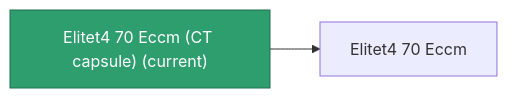
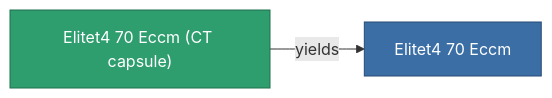
The diagram in content/content/items/elitet4_70_eccm_CT_capsule.md (OpenPerpetuum/Wiki), drawn with Mermaid before and after one commit. The commit also changed other lines of this file and 2015 other files, not shown here.

````diff
--- a/content/content/items/elitet4_70_eccm_CT_capsule.md
+++ b/content/content/items/elitet4_70_eccm_CT_capsule.md
@@ -33,8 +33,9 @@
 ```mermaid
 graph LR
-    a["Elitet4 70 Eccm (CT capsule) (current)"]:::current
-    b["Elitet4 70 Eccm"]
-    a --> b
-    click b "/content/items/elitet4-70-eccm/" "Elitet4 70 Eccm"
+    a["Elitet4 70 Eccm (CT capsule)"]:::current
+    b["Elitet4 70 Eccm"]:::finished
+    a -->|yields| b
+                click b "/content/items/elitet4-70-eccm/" "Elitet4 70 Eccm"
     classDef current fill:#2f9e6f,stroke:#1f6f4a,color:#ffffff
+    classDef finished fill:#3b6ea5,stroke:#274a75,color:#ffffff
 ```
````
